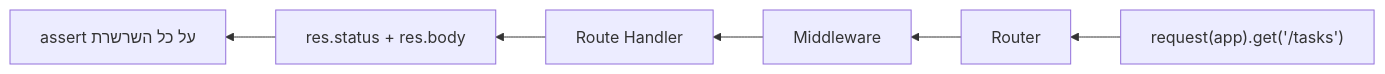
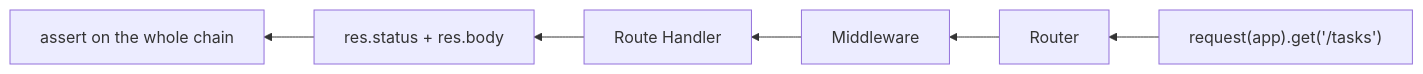
One commit to neriyaMalachi/FullStack_kodkode_5 changed the diagram in content/docs/testing/59-integration-testing-content.md. Above: the diagram before and after it, drawn with Mermaid. The commit also changed other lines of this file and 117 other files, not shown here.

````diff
--- a/content/docs/testing/59-integration-testing-content.md
+++ b/content/docs/testing/59-integration-testing-content.md
@@ -56,8 +56,8 @@
 ```mermaid
 flowchart RL
     Test["request(app).get('/tasks')"] --> Router["Router"]
     Router --> MW["Middleware"]
     MW --> Handler["Route Handler"]
     Handler --> Res["res.status + res.body"]
-    Res --> Assert["assert על כל השרשרת"]
+    Res --> Assert["assert on the whole chain"]
 ```
````
